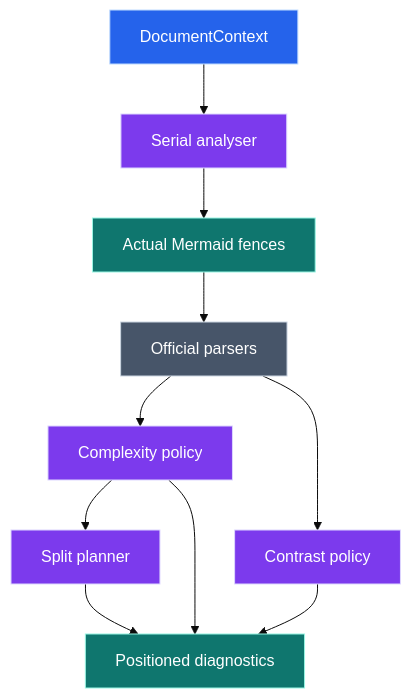
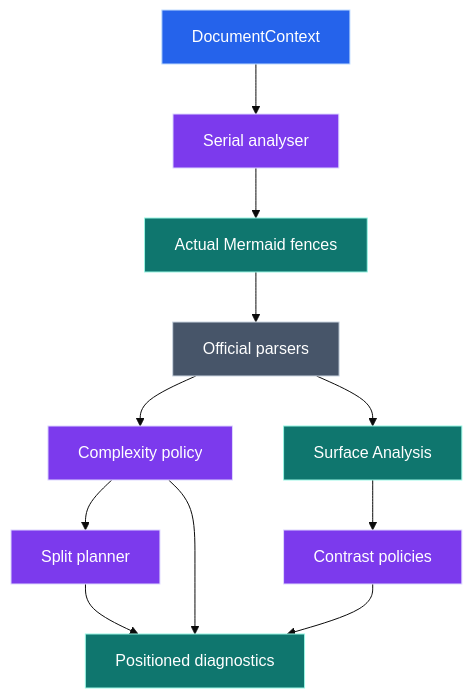
The first of 3 diagrams in src/mermaid/README.md (jpeakai/remark-lint-slopstopper), drawn with Mermaid (base theme) before and after one commit. The commit also changed other lines of this file and 2 other files, not shown here.

Commit message:
[feat] RLSS-8 Document analysis data structures and contracts (#27)

````diff
--- a/src/mermaid/README.md
+++ b/src/mermaid/README.md
@@ -15,16 +15,17 @@
 ```mermaid
 flowchart TD
     D[DocumentContext]:::input --> A[Serial analyser]:::logic
     A --> F[Actual Mermaid fences]:::data
     F --> P[Official parsers]:::external
     P --> C[Complexity policy]:::logic
-    P --> T[Contrast policy]:::logic
+    P --> SA[Surface Analysis]:::data
+    SA --> T[Contrast policies]:::logic
     C --> S[Split planner]:::logic
     S --> R[Positioned diagnostics]:::data
     C --> R
     T --> R
     classDef input fill:#2563eb,stroke:#bfdbfe,color:#ffffff
     classDef logic fill:#7c3aed,stroke:#ddd6fe,color:#ffffff
     classDef data fill:#0f766e,stroke:#99f6e4,color:#ffffff
     classDef external fill:#475569,stroke:#cbd5e1,color:#ffffff
 ```
````
